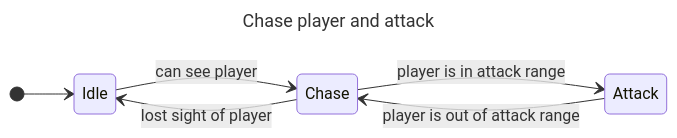
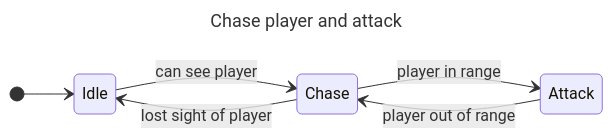
One commit to mugenmelon/mugenmelon.github.io changed the diagram in _posts/1970-01-01-misunderstanding-state-machines.md. Above: the diagram before and after it, drawn with Mermaid.

```diff
--- a/_posts/1970-01-01-misunderstanding-state-machines.md
+++ b/_posts/1970-01-01-misunderstanding-state-machines.md
@@ -30,13 +30,13 @@
 <pre class="mermaid">
 ---
 title: Chase player and attack
 ---
 stateDiagram-v2
     direction LR
 
     [*] --> Idle
     Idle --> Chase: can see player
-    Chase --> Attack: player is in attack range
+    Chase --> Attack: player in range
     Chase --> Idle: lost sight of player
-    Attack --> Chase: player is out of attack range
+    Attack --> Chase: player out of range
 </pre>
```
